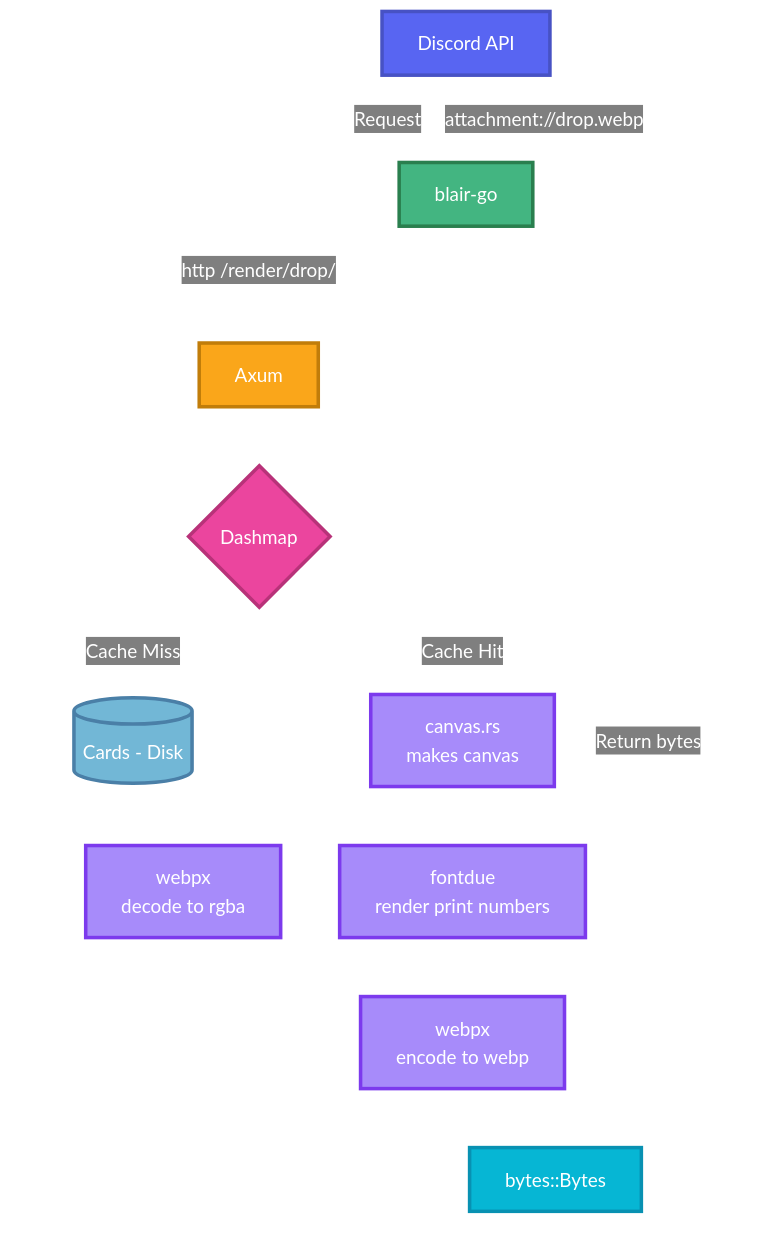
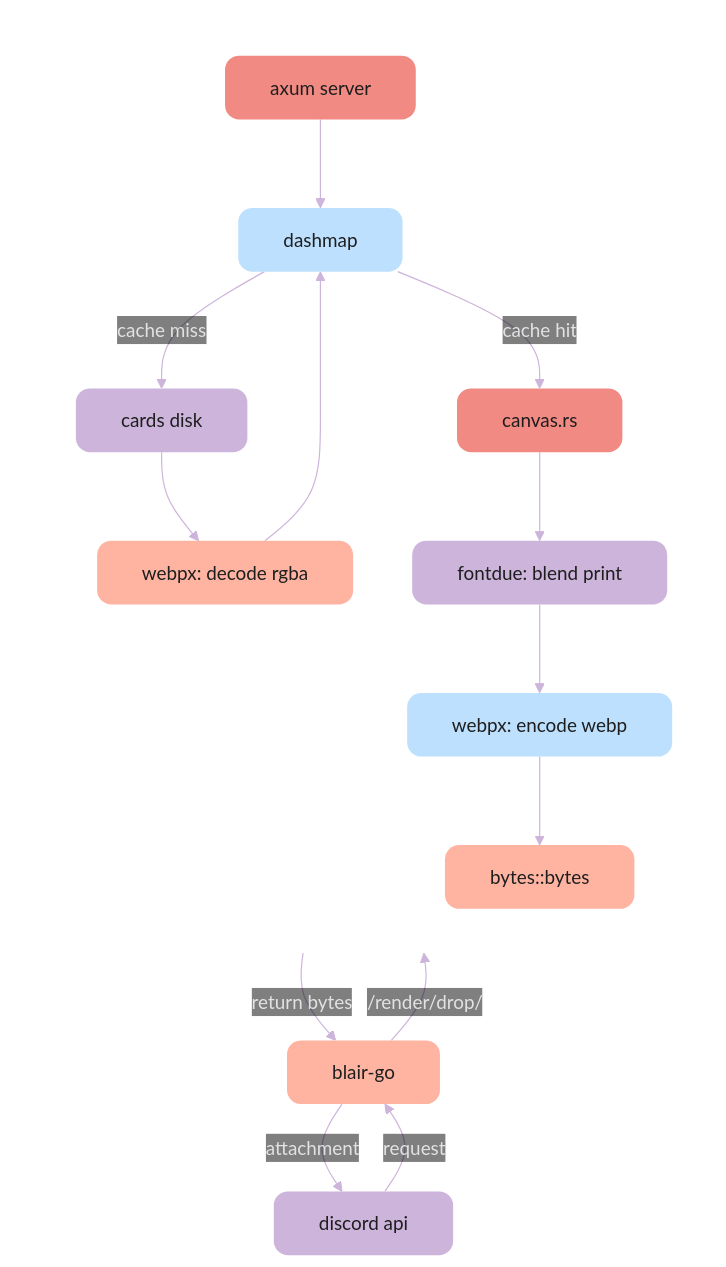
One commit to clarinep/sumi changed the diagram in README.md. Above: the diagram before and after it, drawn with Mermaid. The commit also changed other lines of this file, not shown here.

````diff
--- a/README.md
+++ b/README.md
@@ -55,64 +55,57 @@
 ```mermaid
 ---
 config:
   theme: base
   themeVariables:
     background: "transparent"
     clusterBkg: "transparent"
     clusterBorder: "transparent"
-    primaryColor: "#1E1E1E"
-    primaryTextColor: "#FFFFFF"
-    lineColor: "#FFFFFF"
-    tertiaryTextColor: "#FFFFFF"
+    lineColor: "#cdb4db"
+    primaryTextColor: "#e2e2e2"
     edgeLabelBackground: "transparent"
+    fontFamily: "ui-sans-serif, system-ui, sans-serif"
   padding: 30
+  flowchart:
+    curve: basis
 ---
-graph TD
-    DiscordAPI[Discord API]
-    BlairGo[blair-go]
-    Sumi[Axum]
-    CardCache{Dashmap}
-    CardAssets[(Cards - Disk)]
-    WebpxDecode[webpx<br/>decode to rgba]
-    CanvasComposite[canvas.rs<br/>makes canvas]
-    Fontdue[fontdue<br/>render print numbers]
-    WebpxEncode[webpx<br/>encode to webp]
-    BytesOutput[bytes::Bytes]
+flowchart TD
+    discord["&nbsp;&nbsp;discord api&nbsp;&nbsp;"]
+    blair["&nbsp;&nbsp;blair-go&nbsp;&nbsp;"]
 
-    DiscordAPI -->|Request| BlairGo
-    BlairGo -->|http /render/drop/| Sumi
-
-    subgraph SumiRenderer[" "]
-        Sumi --> CardCache
-        CardCache -->|Cache Miss| CardAssets
-        CardAssets --> WebpxDecode
-        WebpxDecode --> CardCache
-        CardCache -->|Cache Hit| CanvasComposite
-        CanvasComposite --> Fontdue
-        Fontdue --> WebpxEncode
-        WebpxEncode --> BytesOutput
+    subgraph sumi[" "]
+        direction TB
+        server["&nbsp;&nbsp;axum server&nbsp;&nbsp;"]
+        cache["&nbsp;&nbsp;dashmap&nbsp;&nbsp;"]
+        disk["&nbsp;&nbsp;cards disk&nbsp;&nbsp;"]
+        decode["&nbsp;&nbsp;webpx: decode rgba&nbsp;&nbsp;"]
+        canvas["&nbsp;&nbsp;canvas.rs&nbsp;&nbsp;"]
+        fontdue["&nbsp;&nbsp;fontdue: blend print&nbsp;&nbsp;"]
+        encode["&nbsp;&nbsp;webpx: encode webp&nbsp;&nbsp;"]
+        output["&nbsp;&nbsp;bytes::bytes&nbsp;&nbsp;"]
     end
 
-    BytesOutput -->|Return bytes| BlairGo
-    BlairGo -->|attachment://drop.webp| DiscordAPI
+    discord -- request --> blair
+    blair -- /render/drop/ --> server
 
-    classDef discord fill:#5865F2,stroke:#4752C4,color:#fff,stroke-width:3px
-    classDef bot fill:#43B581,stroke:#2A7F4E,color:#fff,stroke-width:3px
-    classDef service fill:#FAA61A,stroke:#C17D0A,color:#fff,stroke-width:3px
-    classDef cache fill:#EB459E,stroke:#B83279,color:#fff,stroke-width:3px
-    classDef decision fill:#EB459E,stroke:#B83279,color:#fff,stroke-width:3px
-    classDef storage fill:#72B7D6,stroke:#4A7FA7,color:#fff,stroke-width:3px
-    classDef processing fill:#A78BFA,stroke:#7C3AED,color:#fff,stroke-width:3px
-    classDef output fill:#06B6D4,stroke:#0891B2,color:#fff,stroke-width:3px
+    server --> cache
+    cache -- cache miss --> disk
+    disk --> decode
+    decode --> cache
+    cache -- cache hit --> canvas
+    canvas --> fontdue
+    fontdue --> encode
+    encode --> output
 
-    class DiscordAPI discord
-    class BlairGo bot
-    class Sumi service
-    class CardCache decision
-    class CardAssets storage
-    class WebpxDecode processing
-    class CanvasComposite processing
-    class Fontdue processing
-    class WebpxEncode processing
-    class BytesOutput output
+    output -- return bytes --> blair
+    blair -- attachment --> discord
+
+    classDef base fill:#cdb4db,stroke:none,color:#1e1e1e,rx:12,ry:12
+    classDef peach fill:#ffb4a2,stroke:none,color:#1e1e1e,rx:12,ry:12
+    classDef coral fill:#f18a83,stroke:none,color:#1e1e1e,rx:12,ry:12
+    classDef blue fill:#bde0fe,stroke:none,color:#1e1e1e,rx:12,ry:12
+
+    class discord,disk,fontdue base
+    class blair,decode,output peach
+    class server,canvas coral
+    class cache,encode blue
 ```
````
